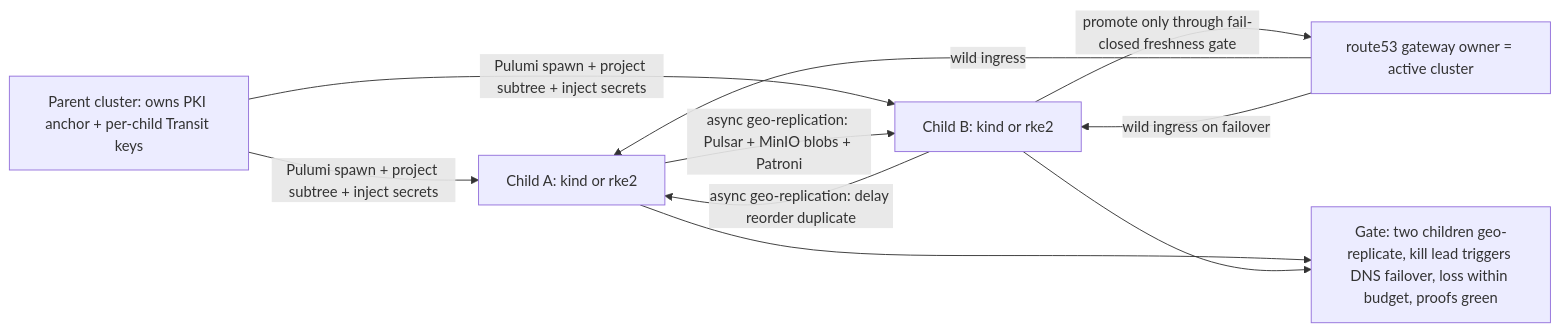
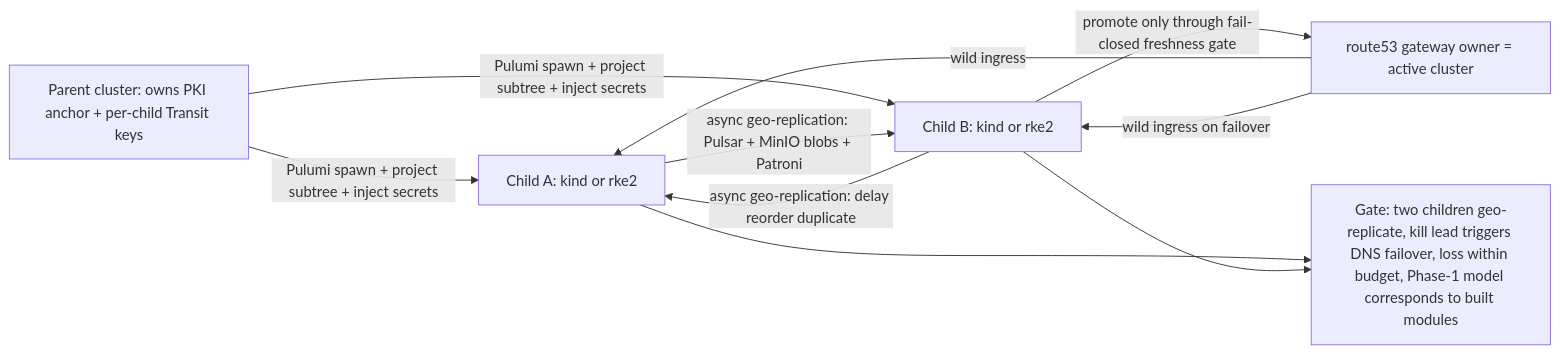
The diagram in DEVELOPMENT_PLAN/phase_09_multicluster_spawn_georeplication.md (Tuee22/amoebius), drawn with Mermaid before and after one commit. The commit also changed other lines of this file and 47 other files, not shown here.

````diff
--- a/DEVELOPMENT_PLAN/phase_09_multicluster_spawn_georeplication.md
+++ b/DEVELOPMENT_PLAN/phase_09_multicluster_spawn_georeplication.md
@@ -66,12 +70,12 @@
 ```mermaid
 flowchart LR
   parent[Parent cluster: owns PKI anchor + per-child Transit keys] -->|Pulumi spawn + project subtree + inject secrets| childA[Child A: kind or rke2]
   parent -->|Pulumi spawn + project subtree + inject secrets| childB[Child B: kind or rke2]
   childA -->|async geo-replication: Pulsar + MinIO blobs + Patroni| childB
   childB -->|async geo-replication: delay reorder duplicate| childA
   dns[route53 gateway owner = active cluster] -->|wild ingress| childA
   dns -->|wild ingress on failover| childB
   childB -->|promote only through fail-closed freshness gate| dns
-  childA --> gate[Gate: two children geo-replicate, kill lead triggers DNS failover, loss within budget, proofs green]
+  childA --> gate[Gate: two children geo-replicate, kill lead triggers DNS failover, loss within budget, Phase-1 model corresponds to built modules]
   childB --> gate
 ```
````
